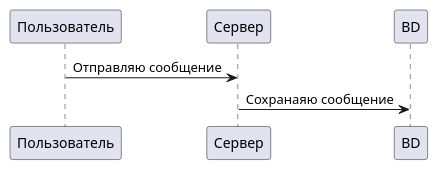
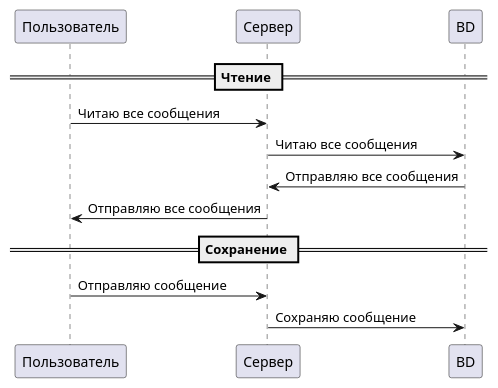
The diagram in requirements/sequence-1.pu (v5v5/MessageDispatcher), drawn with PlantUML before and after one commit. The commit also changed 4 other files, not shown here.

Commit message:
Исправил seqОноÐбилp½Џх sequе sequence-1.puÐ

```diff
--- a/requirements/sequence-1.pu
+++ b/requirements/sequence-1.pu
@@ -1,6 +1,15 @@
 @startuml
 
+== Чтение ==
+
+Пользователь -> Сервер: Читаю все сообщения
+Сервер -> BD: Читаю все сообщения
+BD -> Сервер: Отправляю все сообщения
+Пользователь <- Сервер: Отправляю все сообщения
+
+== Сохранение ==
+
 Пользователь -> Сервер: Отправляю сообщение
-Сервер -> BD: Сохранаяю сообщение
+Сервер -> BD: Сохраняю сообщение
 
 @enduml
```
